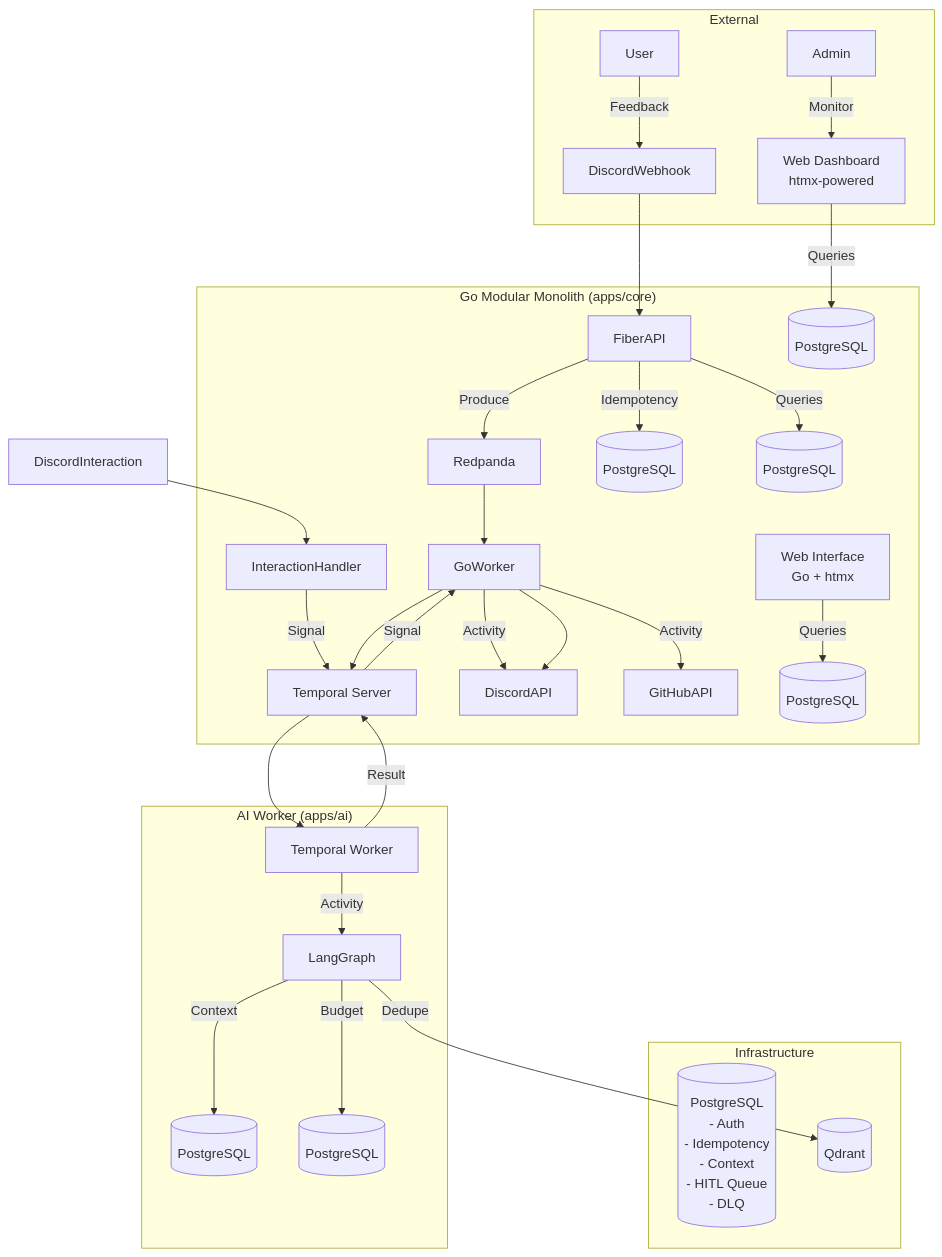
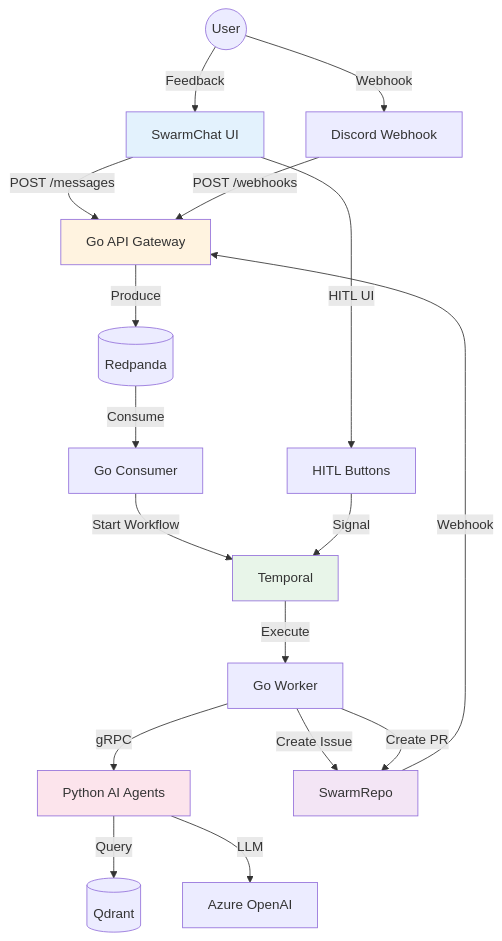
Before and after one commit to Aparnap2/sarthi_ai: the diagram in README.md, drawn with Mermaid. The commit also changed other lines of this file, not shown here.

First line of the commit message:
docs: Update README with Native Platform architecture

````diff
--- a/README.md
+++ b/README.md
@@ -141,42 +67,30 @@
 ```mermaid
 graph TD
-    subgraph "External"
-        User -->|Feedback| DiscordWebhook
-        Admin -->|Monitor| WebDashboard
-    end
-
-    subgraph "Go Modular Monolith (apps/core)"
-        FiberAPI -->|Produce| Redpanda
-        FiberAPI -->|Idempotency| PG1[(PostgreSQL)]
-        InteractionHandler -->|Signal| Temporal
-        GoWorker -->|Activity| DiscordAPI
-        GoWorker -->|Activity| GitHubAPI
-        WebInterface[Web Interface<br/>Go + htmx] -->|Queries| PG2[(PostgreSQL)]
-        FiberAPI -->|Queries| PG3[(PostgreSQL)]
-        WebDashboard[Web Dashboard<br/>htmx-powered] -->|Queries| PG4[(PostgreSQL)]
-    end
-
-    subgraph "Infrastructure"
-        Redpanda[Redpanda]
-        Temporal[Temporal Server]
-        PostgreSQL[(PostgreSQL<br/>- Auth<br/>- Idempotency<br/>- Context<br/>- HITL Queue<br/>- DLQ)]
-        Qdrant[(Qdrant)]
-    end
-
-    subgraph "AI Worker (apps/ai)"
-        PyWorker[Temporal Worker]
-        PyWorker -->|Activity| LangGraph
-        LangGraph -->|Dedupe| Qdrant
-        LangGraph -->|Context| PG5[(PostgreSQL)]
-        LangGraph -->|Budget| PG6[(PostgreSQL)]
-    end
-
-    DiscordWebhook --> FiberAPI
-    Redpanda --> GoWorker
-    GoWorker --> Temporal
-    Temporal --> PyWorker
-    PyWorker -->|Result| Temporal
-    Temporal -->|Signal| GoWorker
-    GoWorker --> DiscordAPI
-    DiscordInteraction --> InteractionHandler
+    User((User)) -->|Feedback| SwarmChat[SwarmChat UI]
+    User -->|Webhook| Discord[Discord Webhook]
+    
+    SwarmChat -->|POST /messages| GoAPI[Go API Gateway]
+    Discord -->|POST /webhooks| GoAPI
+    
+    GoAPI -->|Produce| Redpanda[(Redpanda)]
+    Redpanda -->|Consume| Consumer[Go Consumer]
+    Consumer -->|Start Workflow| Temporal[Temporal]
+    
+    Temporal -->|Execute| Worker[Go Worker]
+    Worker -->|gRPC| PythonAI[Python AI Agents]
+    PythonAI -->|Query| Qdrant[(Qdrant)]
+    PythonAI -->|LLM| Azure[Azure OpenAI]
+    
+    Worker -->|Create Issue| SwarmRepo[SwarmRepo]
+    Worker -->|Create PR| SwarmRepo
+    
+    SwarmRepo -->|Webhook| GoAPI
+    SwarmChat -->|HITL UI| HITL[HITL Buttons]
+    HITL -->|Signal| Temporal
+    
+    style SwarmChat fill:#e3f2fd
+    style SwarmRepo fill:#f3e5f5
+    style GoAPI fill:#fff3e0
+    style Temporal fill:#e8f5e9
+    style PythonAI fill:#fce4ec
 ```
````
